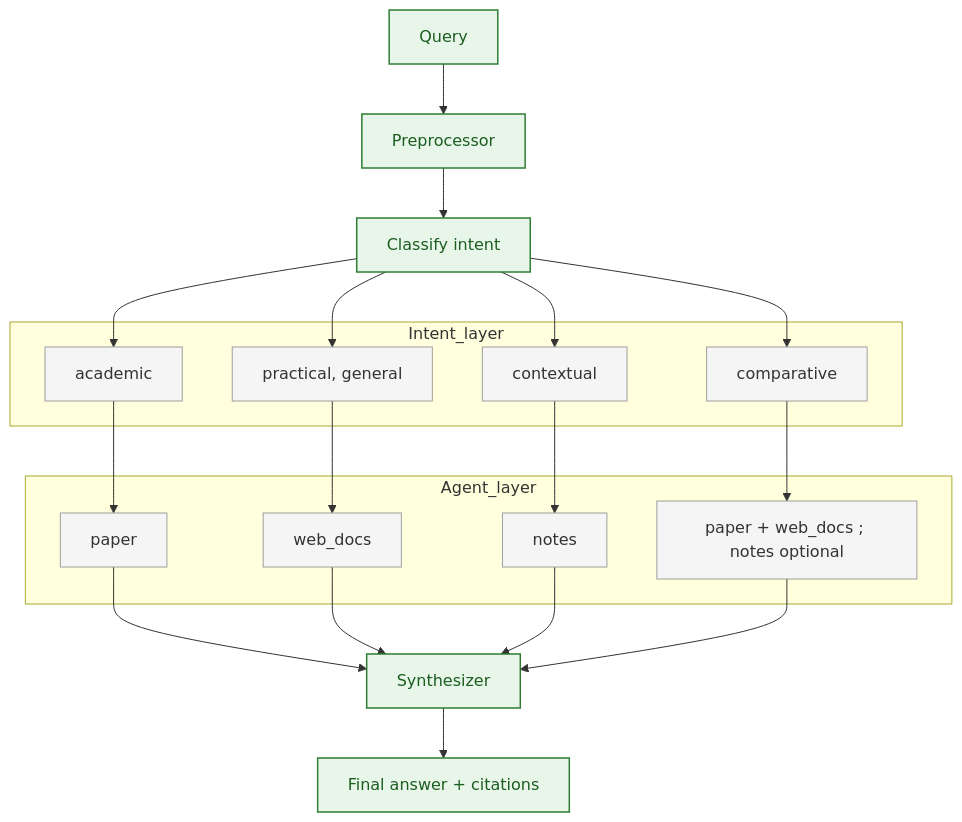
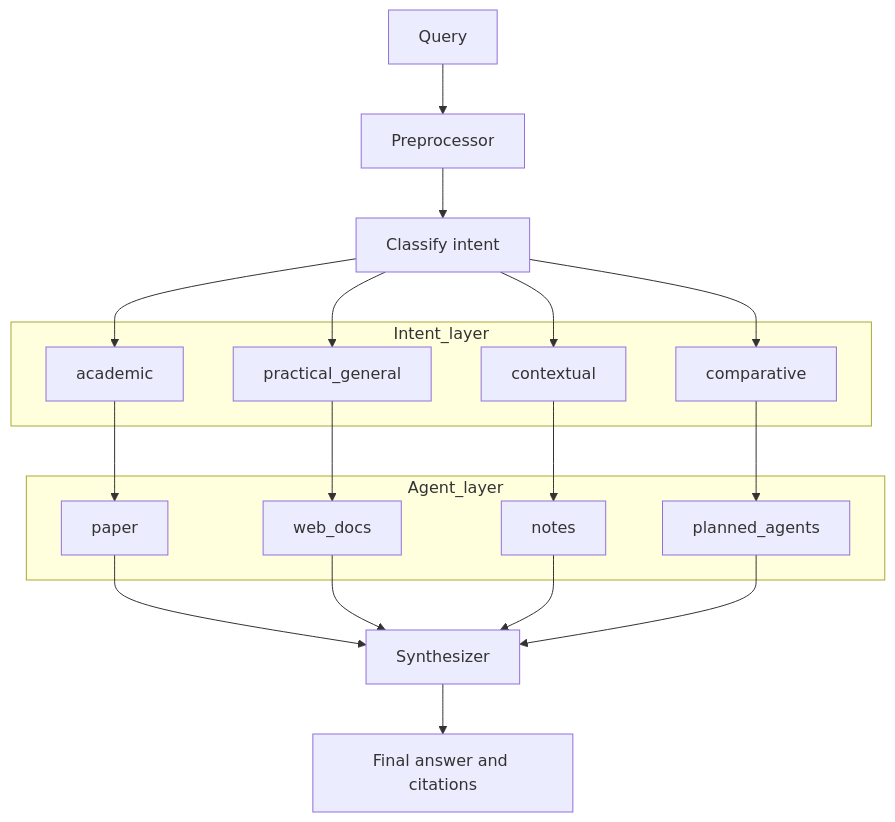
Before and after one commit to Artsplendr/AgenticAI-Router-AI-Research-Copilot: the diagram in README.md, drawn with Mermaid. The commit also changed other lines of this file, not shown here.

````diff
--- a/README.md
+++ b/README.md
@@ -46,44 +45,36 @@
 ```mermaid
 flowchart TD
-    Q["Query"] --> P["Preprocessor"]
-    P --> C["Classify intent"]
+    Q[Query] --> P[Preprocessor]
+    P --> C[Classify intent]
 
     subgraph Intent_layer
-        I1["academic"]
-        I2["practical, general"]
-        I3["contextual"]
-        I4["comparative"]
+        I1[academic]
+        I2[practical_general]
+        I3[contextual]
+        I4[comparative]
     end
 
     C --> I1
     C --> I2
     C --> I3
     C --> I4
 
     subgraph Agent_layer
-        A1["paper"]
-        A2["web_docs"]
-        A3["notes"]
-        A4["paper + web_docs ; notes optional"]
+        A1[paper]
+        A2[web_docs]
+        A3[notes]
+        A4[planned_agents]
     end
 
     I1 --> A1
     I2 --> A2
     I3 --> A3
     I4 --> A4
 
-    A1 --> S["Synthesizer"]
+    A1 --> S[Synthesizer]
     A2 --> S
     A3 --> S
     A4 --> S
 
-    S --> F["Final answer + citations"]
-
-    classDef core fill:#e8f5e9,stroke:#2e7d32,stroke-width:1.5px,color:#1b5e20;
-    classDef neutral fill:#f5f5f5,stroke:#9e9e9e,stroke-width:1px,color:#333;
-    classDef group fill:#fafafa,stroke:#bdbdbd,stroke-width:1px,color:#555;
-
-    class Q,P,C,S,F core;
-    class I1,I2,I3,I4,A1,A2,A3,A4 neutral;
-
+    S --> F[Final answer and citations]
 ```
````
